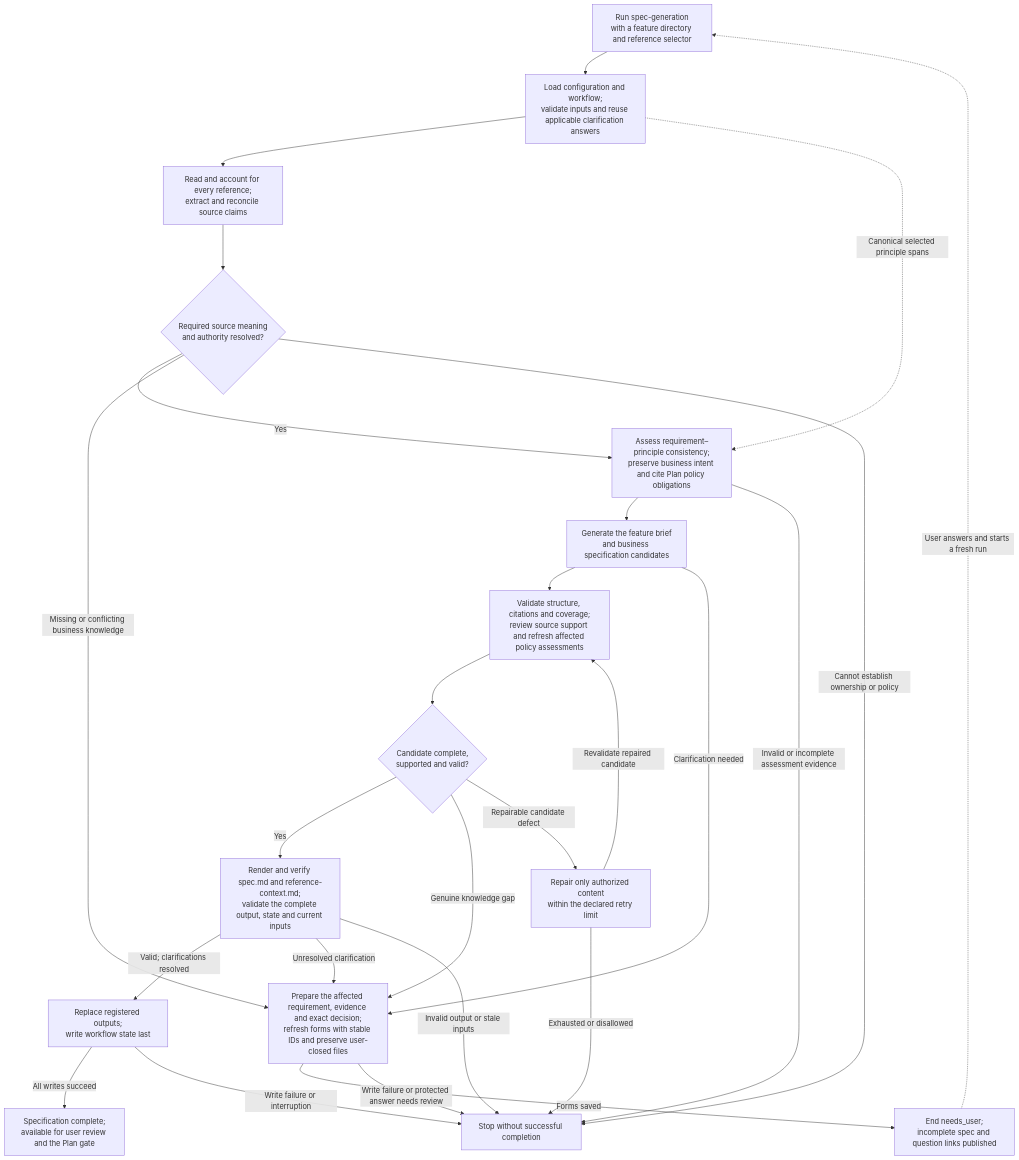
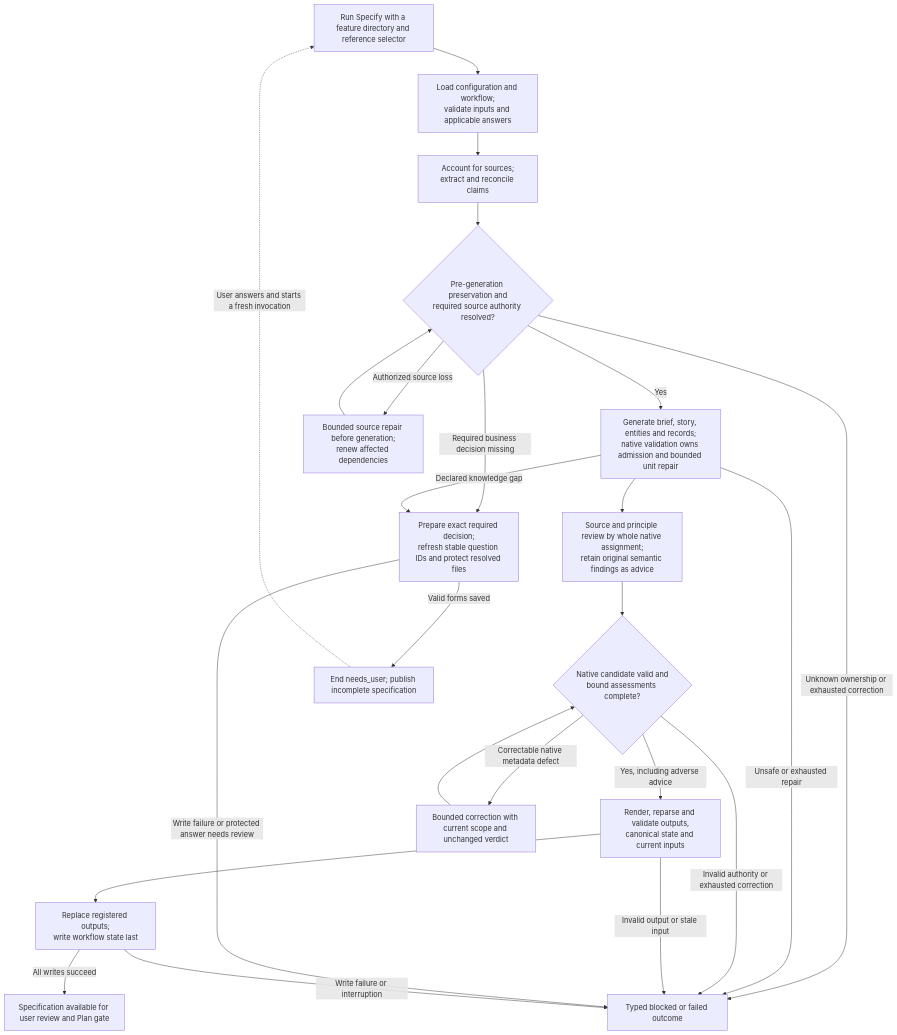
The diagram in design/diagrams/18-spec-workflow-overview.md (littledespot/sdde), drawn with Mermaid before and after one commit. The commit also changed other lines of this file and 85 other files, not shown here.

First line of the commit message:
Keep post-generation semantic reviews advisory

````diff
--- a/design/diagrams/18-spec-workflow-overview.md
+++ b/design/diagrams/18-spec-workflow-overview.md
@@ -8,32 +7,28 @@
 ```mermaid
 flowchart TD
-    START["Run spec-generation<br/>with a feature directory and reference selector"]
-    START --> PREPARE["Load configuration and workflow;<br/>validate inputs and reuse applicable clarification answers"]
-    PREPARE --> REFERENCES["Read and account for every reference;<br/>extract and reconcile source claims"]
-    REFERENCES --> AUTHORITY{"Required source meaning<br/>and authority resolved?"}
-    AUTHORITY -->|Yes| POLICY["Assess requirement–principle consistency;<br/>preserve business intent and cite Plan policy obligations"]
-    PREPARE -. Canonical selected principle spans .-> POLICY
-    POLICY --> GENERATE["Generate the feature brief<br/>and business specification candidates"]
-    GENERATE --> REVIEW["Validate structure, citations and coverage;<br/>review source support and refresh affected policy assessments"]
-    REVIEW --> RESULT{"Candidate complete,<br/>supported and valid?"}
-    RESULT -->|Yes| OUTPUT["Render and verify spec.md and reference-context.md;<br/>validate the complete output, state and current inputs"]
-    OUTPUT -->|Valid; clarifications resolved| PUBLISH["Replace registered outputs;<br/>write workflow state last"]
-    PUBLISH -->|All writes succeed| DONE["Specification complete;<br/>available for user review and the Plan gate"]
-
-    AUTHORITY -->|Missing or conflicting business knowledge| CLARIFY
-    GENERATE -->|Clarification needed| CLARIFY
-    RESULT -->|Genuine knowledge gap| CLARIFY
-    OUTPUT -->|Unresolved clarification| CLARIFY
-    CLARIFY["Prepare the affected requirement, evidence and exact decision;<br/>refresh forms with stable IDs and preserve user-closed files"]
-    CLARIFY -->|Forms saved| NEEDSUSER["End needs_user;<br/>incomplete spec and question links published"]
-    NEEDSUSER -. User answers and starts a fresh run .-> START
-
-    RESULT -->|Repairable candidate defect| REPAIR["Repair only authorized content<br/>within the declared retry limit"]
-    REPAIR -->|Revalidate repaired candidate| REVIEW
-    REPAIR -->|Exhausted or disallowed| STOP["Stop without successful completion"]
-    AUTHORITY -->|Cannot establish ownership or policy| STOP
-    POLICY -->|Invalid or incomplete assessment evidence| STOP
-    OUTPUT -->|Invalid output or stale inputs| STOP
+    START["Run Specify with a feature directory and reference selector"]
+    START --> PREPARE["Load configuration and workflow;<br/>validate inputs and applicable answers"]
+    PREPARE --> REFERENCES["Account for sources;<br/>extract and reconcile claims"]
+    REFERENCES --> AUTHORITY{"Pre-generation preservation and<br/>required source authority resolved?"}
+    AUTHORITY -->|Yes| GENERATE["Generate brief, story, entities and records;<br/>native validation owns admission and bounded unit repair"]
+    AUTHORITY -->|Authorized source loss| SOURCE_REPAIR["Bounded source repair before generation;<br/>renew affected dependencies"]
+    SOURCE_REPAIR --> AUTHORITY
+    GENERATE --> REVIEW["Source and principle review by whole native assignment;<br/>retain original semantic findings as advice"]
+    REVIEW --> RESULT{"Native candidate valid and<br/>bound assessments complete?"}
+    RESULT -->|Yes, including adverse advice| OUTPUT["Render, reparse and validate outputs,<br/>canonical state and current inputs"]
+    OUTPUT --> PUBLISH["Replace registered outputs;<br/>write workflow state last"]
+    PUBLISH -->|All writes succeed| DONE["Specification available for user review and Plan gate"]
+    AUTHORITY -->|Required business decision missing| CLARIFY
+    GENERATE -->|Declared knowledge gap| CLARIFY
+    CLARIFY["Prepare exact required decision;<br/>refresh stable question IDs and protect resolved files"]
+    CLARIFY -->|Valid forms saved| NEEDSUSER["End needs_user; publish incomplete specification"]
+    NEEDSUSER -. User answers and starts a fresh invocation .-> START
+    RESULT -->|Correctable native metadata defect| CORRECTION["Bounded correction with current scope and unchanged verdict"]
+    CORRECTION --> RESULT
+    AUTHORITY -->|Unknown ownership or exhausted correction| STOP["Typed blocked or failed outcome"]
+    GENERATE -->|Unsafe or exhausted repair| STOP
+    RESULT -->|Invalid authority or exhausted correction| STOP
+    OUTPUT -->|Invalid output or stale input| STOP
     CLARIFY -->|Write failure or protected answer needs review| STOP
     PUBLISH -->|Write failure or interruption| STOP
 ```
````
